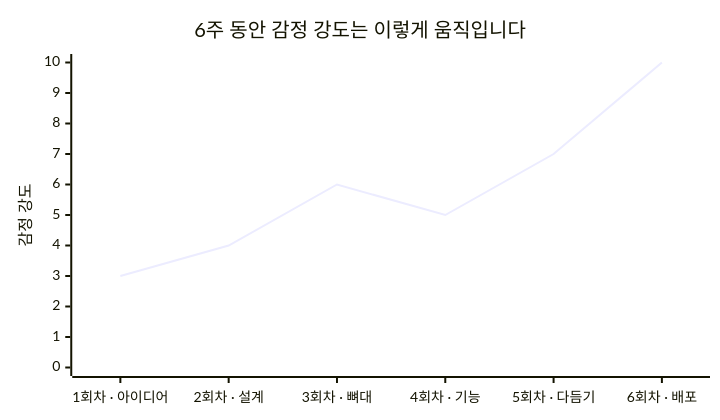
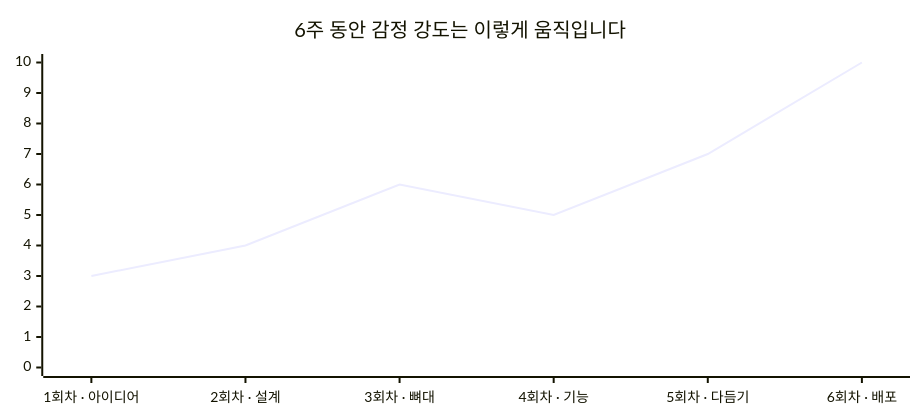
Before and after one commit to In-HyeokJang/coding-without-coding: the first of 2 diagrams in src/content/docs/index.mdx, drawn with Mermaid. The commit also changed other lines of this file, not shown here.

````diff
--- a/src/content/docs/index.mdx
+++ b/src/content/docs/index.mdx
@@ -20,13 +14,13 @@
 ```mermaid
 ---
 config:
   xyChart:
-    width: 700
+    width: 900
     height: 400
 ---
 xychart-beta
     title "6주 동안 감정 강도는 이렇게 움직입니다"
     x-axis ["1회차 · 아이디어", "2회차 · 설계", "3회차 · 뼈대", "4회차 · 기능", "5회차 · 다듬기", "6회차 · 배포"]
-    y-axis "감정 강도" 0 --> 10
+    y-axis 0 --> 10
     line [3, 4, 6, 5, 7, 10]
 ```
````
